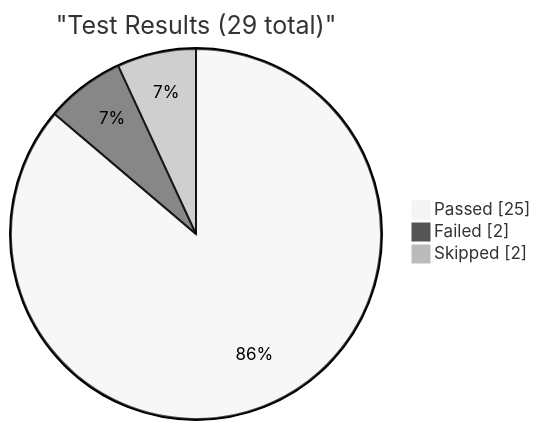
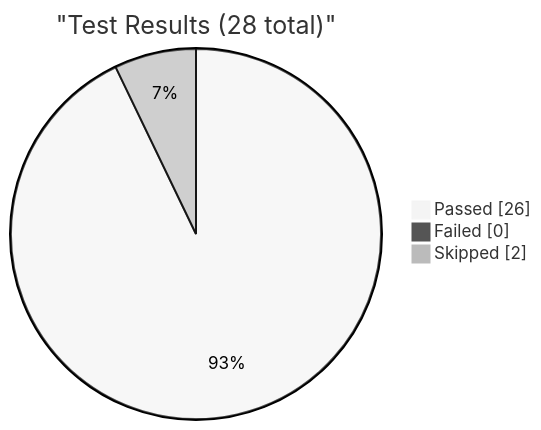
The first of 6 diagrams in reports/dashboard.md (EliteaAI/onetest-ai-tm-Elitea), drawn with Mermaid (neutral theme) before and after one commit. The commit also changed other lines of this file and 1 other file, not shown here.

Commit message:
dashboard: update test metrics for RUN-ELITEA-2026-10-19-297-DEV-CHAT-AMBER

````diff
--- a/reports/dashboard.md
+++ b/reports/dashboard.md
@@ -9,7 +9,7 @@
 ```mermaid
 pie showData
-    title "Test Results (29 total)"
-    "Passed" : 25
-    "Failed" : 2
+    title "Test Results (28 total)"
+    "Passed" : 26
+    "Failed" : 0
     "Skipped" : 2
 ```
````
